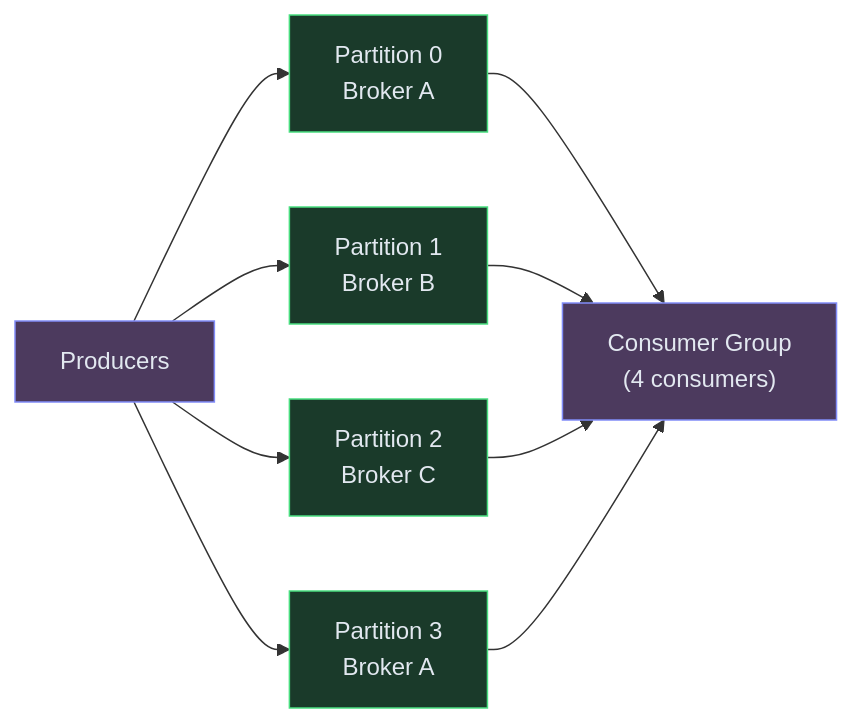
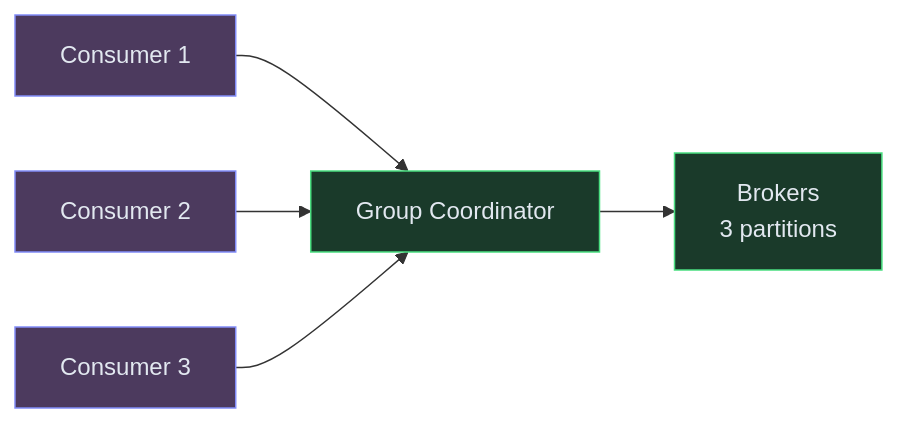
Before and after one commit to iluzn/HLD-Designs: the fourth of 4 diagrams in content/hld/MessageQueue.md, drawn with Mermaid. The commit also changed other lines of this file and 8 other files, not shown here.

````diff
--- a/content/hld/MessageQueue.md
+++ b/content/hld/MessageQueue.md
@@ -236,21 +138,16 @@
 ```mermaid
 flowchart LR
-    PROD["Producers"]:::client
-    P0["Partition 0<br/>Broker A"]:::service
-    P1["Partition 1<br/>Broker B"]:::service
-    P2["Partition 2<br/>Broker C"]:::service
-    P3["Partition 3<br/>Broker A"]:::service
-    CG["Consumer Group<br/>(4 consumers)"]:::client
+    C1["Consumer 1"]:::client
+    C2["Consumer 2"]:::client
+    C3["Consumer 3"]:::client
+    COORD["Group Coordinator"]:::service
+    BROKER["Brokers<br/>3 partitions"]:::service
 
-    PROD --> P0
-    PROD --> P1
-    PROD --> P2
-    PROD --> P3
-    P0 --> CG
-    P1 --> CG
-    P2 --> CG
-    P3 --> CG
+    C1 --> COORD
+    C2 --> COORD
+    C3 --> COORD
+    COORD --> BROKER
 
     classDef client fill:#4c3a5e,stroke:#818cf8,color:#e2e8f0
     classDef service fill:#1a3a2a,stroke:#4ade80,color:#e2e8f0
 ```
````
